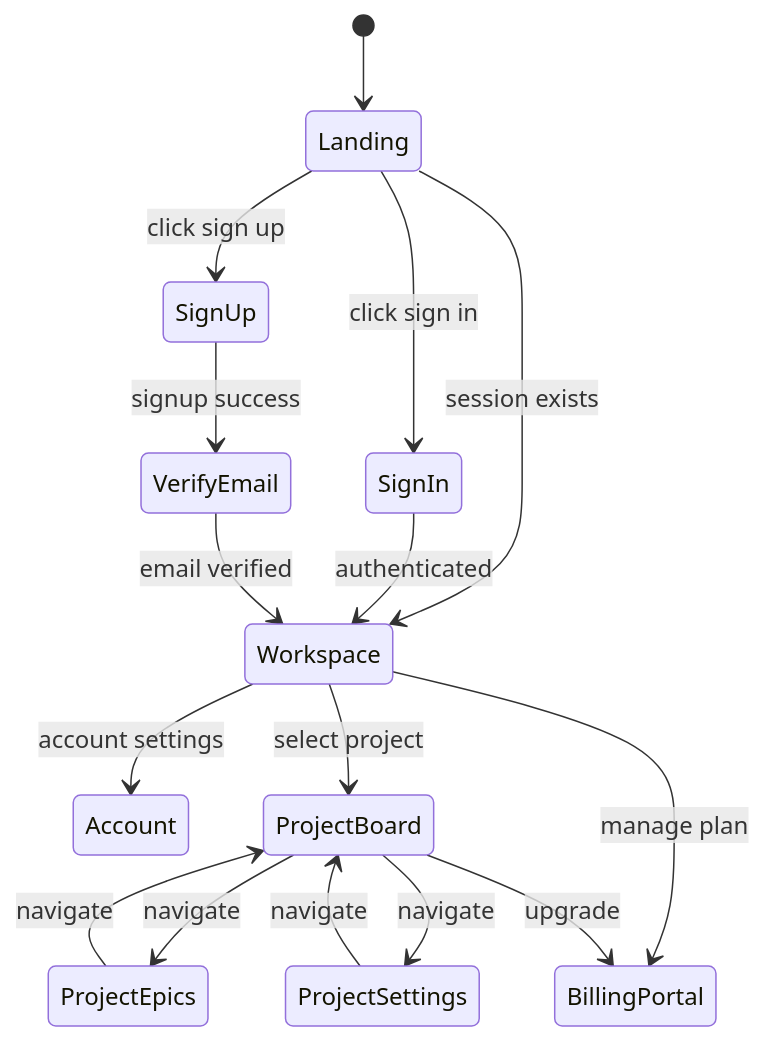
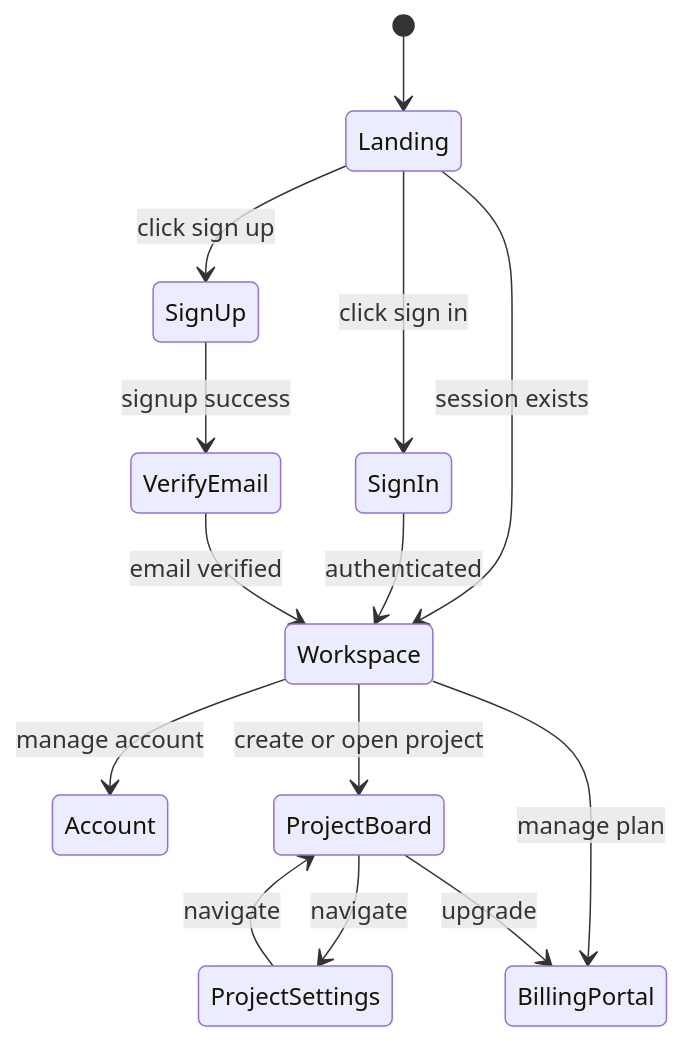
The second of 5 diagrams in .cursor/docs/flowchart.md (mc6ril/workbench), drawn with Mermaid before and after one commit. The commit also changed other lines of this file and 34 other files, not shown here.

````diff
--- a/.cursor/docs/flowchart.md
+++ b/.cursor/docs/flowchart.md
@@ -40,21 +40,19 @@
 ```mermaid
 stateDiagram-v2
    [*] --> Landing
    Landing --> SignIn: click sign in
    Landing --> SignUp: click sign up
    Landing --> Workspace: session exists
 
    SignIn --> Workspace: authenticated
    SignUp --> VerifyEmail: signup success
    VerifyEmail --> Workspace: email verified
 
-   Workspace --> Account: account settings
-   Workspace --> ProjectBoard: select project
+   Workspace --> Account: manage account
+   Workspace --> ProjectBoard: create or open project
    Workspace --> BillingPortal: manage plan
 
-   ProjectBoard --> ProjectEpics: navigate
    ProjectBoard --> ProjectSettings: navigate
    ProjectBoard --> BillingPortal: upgrade
-   ProjectEpics --> ProjectBoard: navigate
    ProjectSettings --> ProjectBoard: navigate
 ```
````
